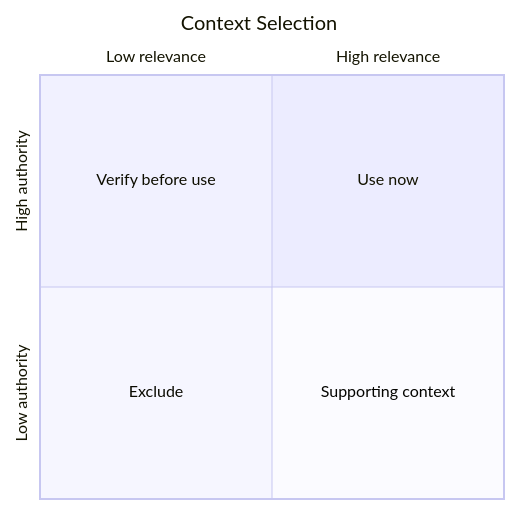
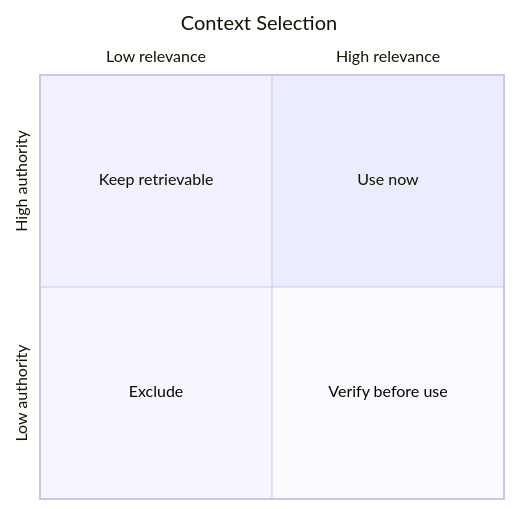
Before and after one commit to Won6314/head-agent-core: the diagram in learn/02-llm-problem/why-more-context-is-not-more-intelligence.md, drawn with Mermaid. The commit also changed other lines of this file and 3 other files, not shown here.

````diff
--- a/learn/02-llm-problem/why-more-context-is-not-more-intelligence.md
+++ b/learn/02-llm-problem/why-more-context-is-not-more-intelligence.md
@@ -35,10 +35,10 @@
 ```mermaid
 quadrantChart
     title Context Selection
     x-axis Low relevance --> High relevance
     y-axis Low authority --> High authority
     quadrant-1 Use now
-    quadrant-2 Verify before use
+    quadrant-2 Keep retrievable
     quadrant-3 Exclude
-    quadrant-4 Supporting context
+    quadrant-4 Verify before use
 ```
````
